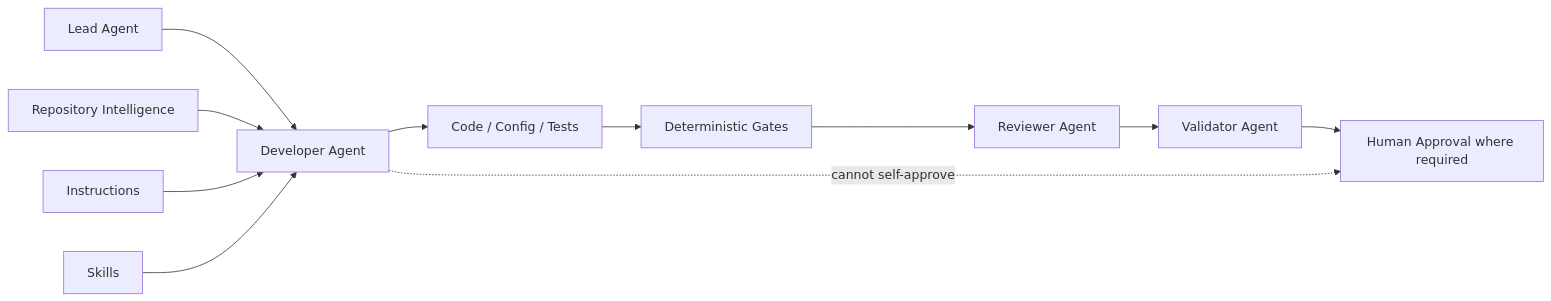
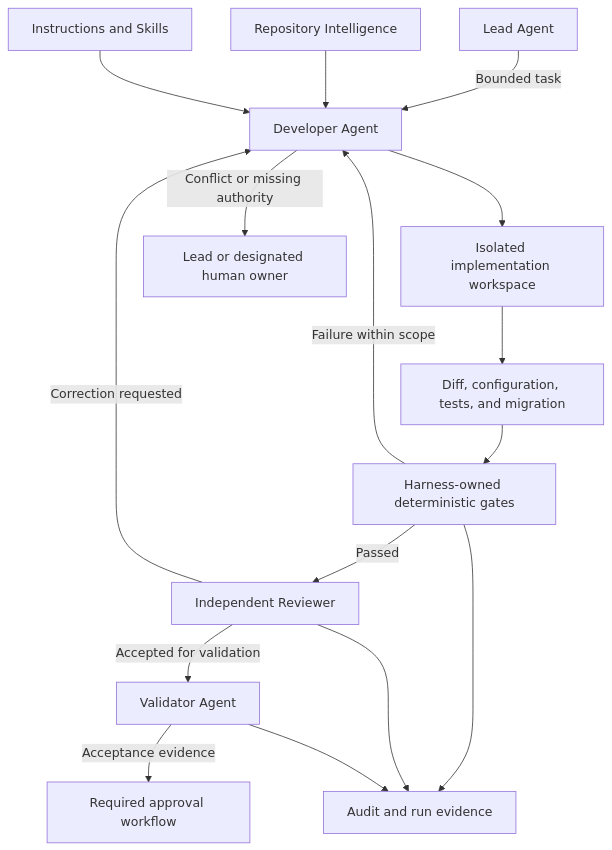
One commit to sheikh-zeeshan/Enterprise-AI-Engineering-Handbook changed the first of 4 diagrams in book/15-developer-agent.md. Above: the diagram before and after it, drawn with Mermaid. The commit also changed other lines of this file and 49 other files, not shown here.

````diff
--- a/book/15-developer-agent.md
+++ b/book/15-developer-agent.md
@@ -659,15 +565,18 @@
 ```mermaid
-flowchart LR
-    L[Lead Agent] --> D[Developer Agent]
+flowchart TD
+    L[Lead Agent] -->|Bounded task| D[Developer Agent]
     RI[Repository Intelligence] --> D
-    I[Instructions] --> D
-    S[Skills] --> D
-
-    D --> C[Code / Config / Tests]
-    C --> G[Deterministic Gates]
-    G --> R[Reviewer Agent]
-    R --> V[Validator Agent]
-    V --> H[Human Approval where required]
-
-    D -. cannot self-approve .-> H
+    IN[Instructions and Skills] --> D
+    D --> W[Isolated implementation workspace]
+    W --> C[Diff, configuration, tests, and migration]
+    C --> G[Harness-owned deterministic gates]
+    G -->|Failure within scope| D
+    G -->|Passed| R[Independent Reviewer]
+    R -->|Correction requested| D
+    R -->|Accepted for validation| V[Validator Agent]
+    V -->|Acceptance evidence| A[Required approval workflow]
+    D -->|Conflict or missing authority| E[Lead or designated human owner]
+    G --> AUD[Audit and run evidence]
+    R --> AUD
+    V --> AUD
 ```
````
